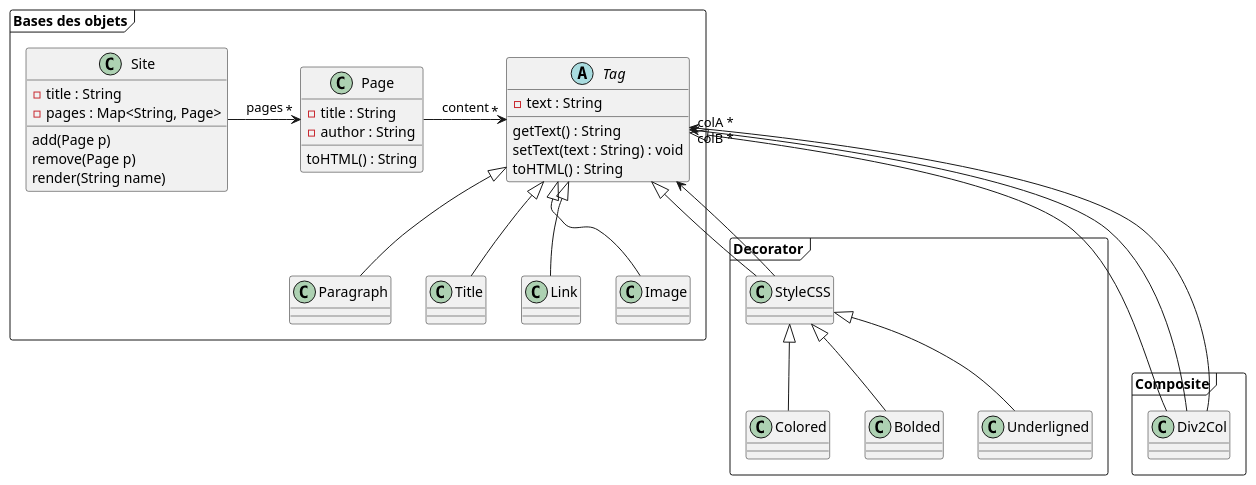
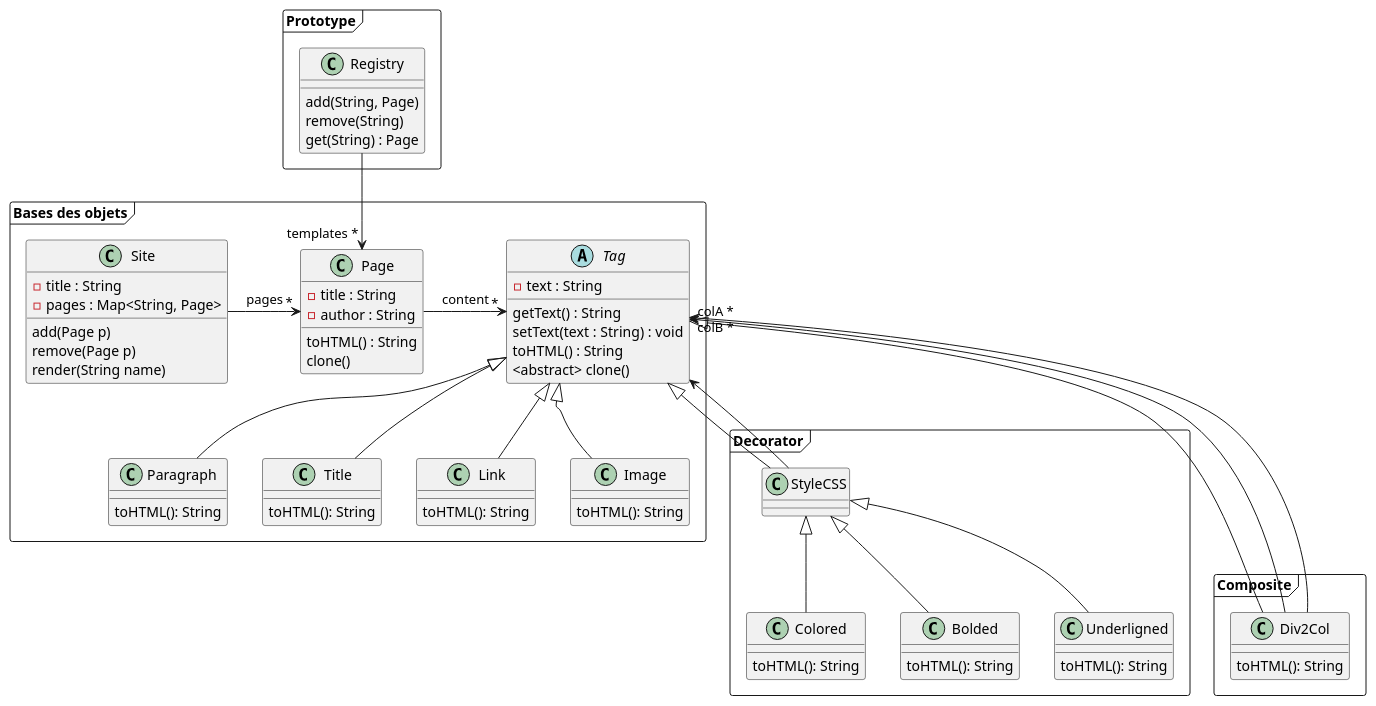
One commit to florentBourgeois/ENSISA2022_CMS changed the diagram in Documentation/CMS_UML.puml. Above: the diagram before and after it, drawn with PlantUML. The commit also changed 1 other file, not shown here.

Commit message:
Prototype

```diff
--- a/Documentation/CMS_UML.puml
+++ b/Documentation/CMS_UML.puml
@@ -1,59 +1,87 @@
 @startuml
 'https://plantuml.com/class-diagram
 
 
 package "Bases des objets" <<Frame>> {
 
     class Page {
         -title : String
         -author : String
         toHTML() : String
     }
 
     abstract class Tag {
         - text : String
         getText() : String
         setText(text : String) : void
         toHTML() : String
     }
 
     Tag <|-- Paragraph
     Tag <|-- Title
     Tag <|-- Link
     Tag <|-- Image
 
     Page -> "*" Tag : content
     Site -> "*" Page : pages
 
     class Site {
         -title : String
         -pages : Map<String, Page>
         add(Page p)
         remove(Page p)
         render(String name)
     }
+
+    Image : toHTML(): String
+    Link : toHTML(): String
+    Title : toHTML(): String
+    Paragraph : toHTML(): String
+
 }
 
 package "Composite" <<Frame>> {
 
     class Div2Col {
 
     }
 
     Tag <|--- Div2Col
     Tag "colA *" <-- Div2Col
     Tag "colB *" <-- Div2Col
 
+    Div2Col : toHTML(): String
+
 }
 
 package "Decorator" <<Frame>> {
 
     Tag <|-- StyleCSS
     Tag <-- StyleCSS
 
     StyleCSS <|-- Colored
     StyleCSS <|-- Bolded
     StyleCSS <|-- Underligned
 
+    Underligned : toHTML(): String
+    Bolded : toHTML(): String
+    Colored : toHTML(): String
+
 }
+
+
+package "Prototype" <<Frame>> {
+    Page : clone()
+
+    Registry --> "templates *" Page
+    class Registry {
+        add(String, Page)
+        remove(String)
+        get(String) : Page
+    }
+
+    Tag : <abstract> clone()
+}
+
+
 @enduml
```
